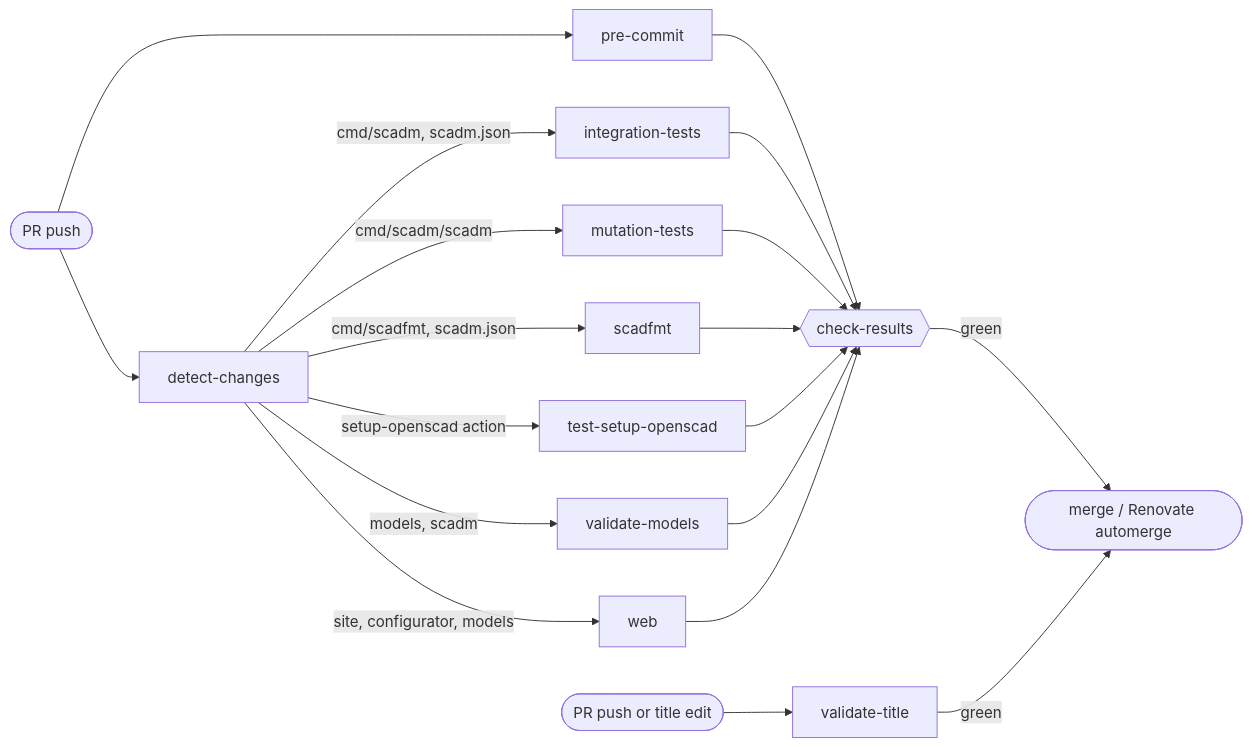
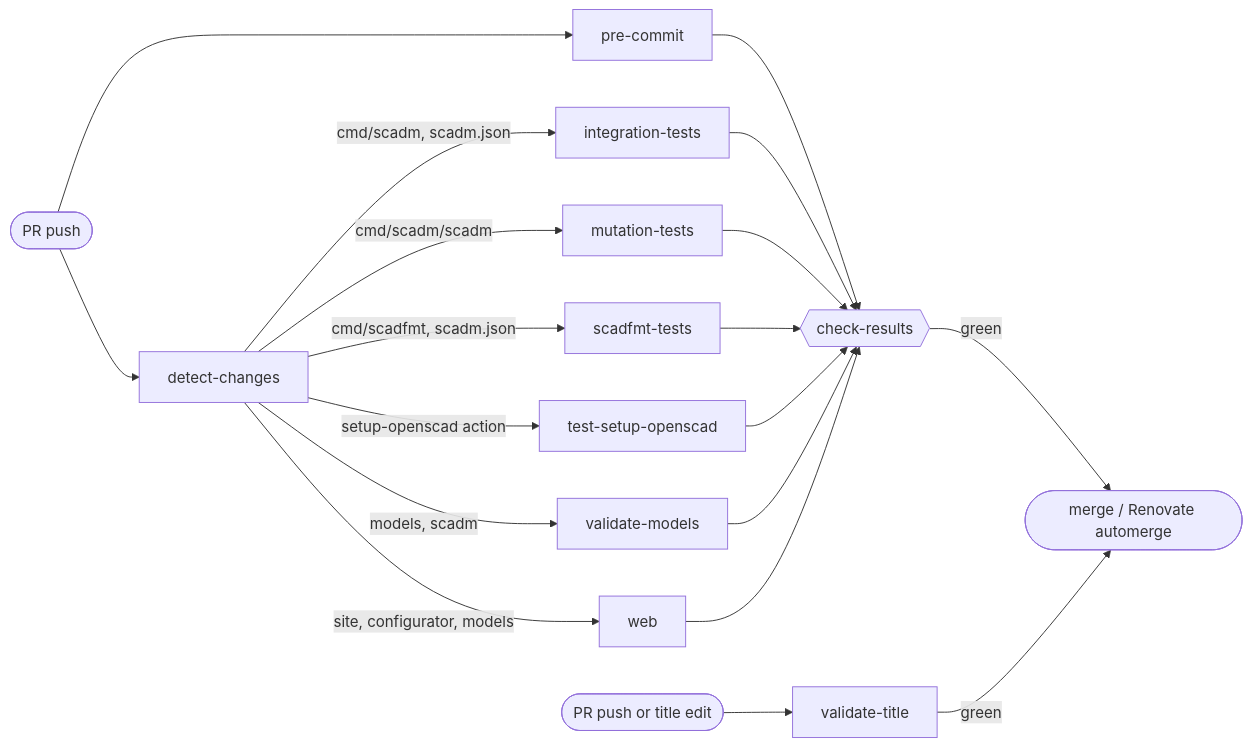
One commit to kellerlabs/homeracker changed the diagram in .github/workflows/README.md. Above: the diagram before and after it, drawn with Mermaid. The commit also changed other lines of this file and 3 other files, not shown here.

First line of the commit message:
ci: rename scadfmt workflow to scadfmt-tests

````diff
--- a/.github/workflows/README.md
+++ b/.github/workflows/README.md
@@ -7,14 +7,14 @@
 ```mermaid
 flowchart LR
     pr([PR push]) --> dc[detect-changes]
     pr --> pc[pre-commit]
     dc -->|cmd/scadm, scadm.json| it[integration-tests]
     dc -->|cmd/scadm/scadm| mt[mutation-tests]
-    dc -->|cmd/scadfmt, scadm.json| sf[scadfmt]
+    dc -->|cmd/scadfmt, scadm.json| sf[scadfmt-tests]
     dc -->|setup-openscad action| so[test-setup-openscad]
     dc -->|models, scadm| vm[validate-models]
     dc -->|site, configurator, models| web[web]
     pc & it & mt & sf & so & vm & web --> cr{{check-results}}
     cr -->|green| merge([merge / Renovate automerge])
     pr2([PR push or title edit]) --> title[validate-title] -->|green| merge
 ```
````
